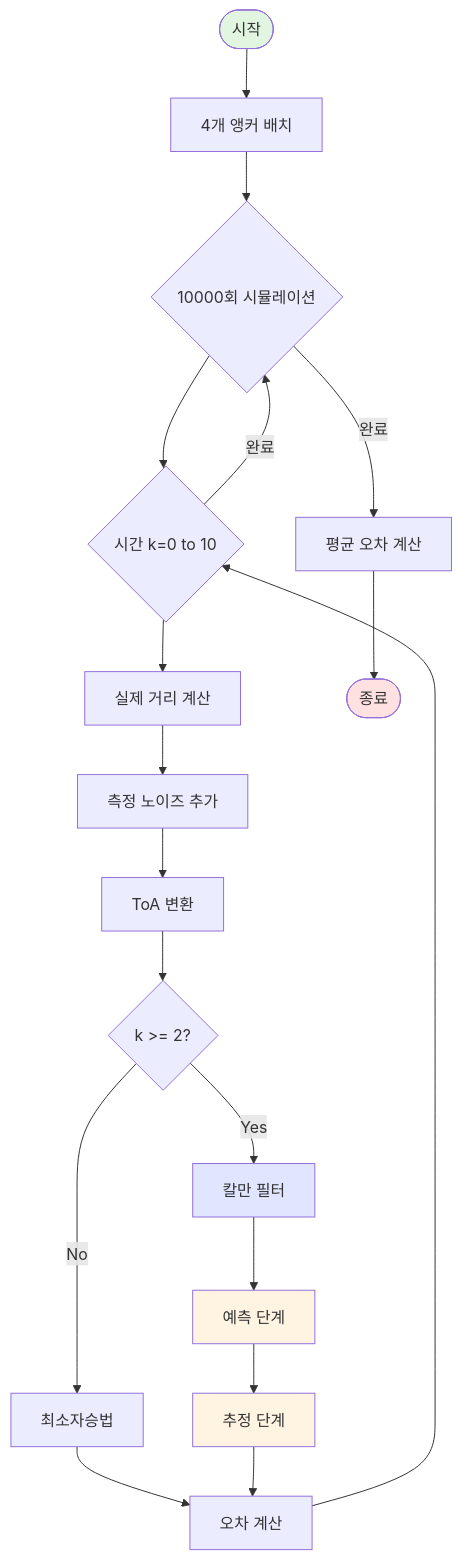
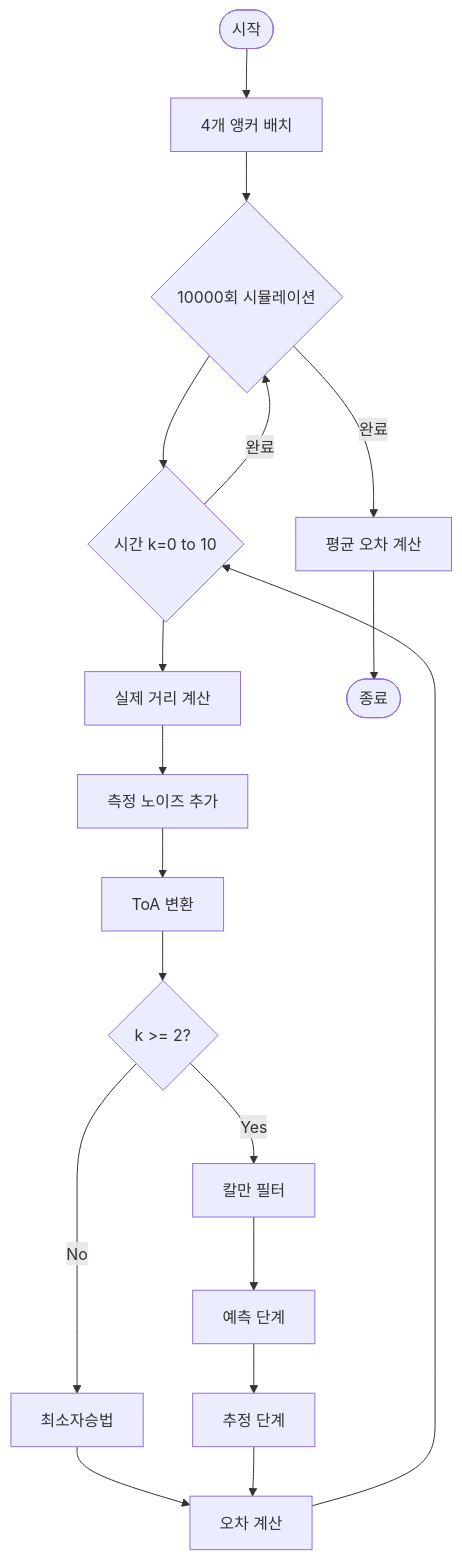
Before and after one commit to Yongseok1221/Kalman_Filter_ToA: the diagram in README.md, drawn with Mermaid.

````diff
--- a/README.md
+++ b/README.md
@@ -2,35 +2,30 @@
 ```mermaid
 flowchart TD
     Start([시작]) --> Init[4개 앵커 배치]
     Init --> SimLoop{10000회 시뮬레이션}
     
     SimLoop --> TimeLoop{시간 k=0 to 10}
     
     TimeLoop --> CalcDist[실제 거리 계산]
     CalcDist --> AddNoise[측정 노이즈 추가]
     AddNoise --> ToA[ToA 변환]
     
     ToA --> CheckK{k >= 2?}
     
     CheckK -->|No| LSE[최소자승법]
     CheckK -->|Yes| KF[칼만 필터]
     
     KF --> Predict[예측 단계]
     Predict --> Update[추정 단계]
     
     LSE --> CalcError[오차 계산]
     Update --> CalcError
     
     CalcError --> TimeLoop
     
     TimeLoop -->|완료| SimLoop
     SimLoop -->|완료| AvgError[평균 오차 계산]
     
     AvgError --> End([종료])
     
-    style Start fill:#e1f5e1
-    style End fill:#ffe1e1
-    style KF fill:#e1e5ff
-    style Predict fill:#fff4e1
-    style Update fill:#fff4e1
 ```
````
